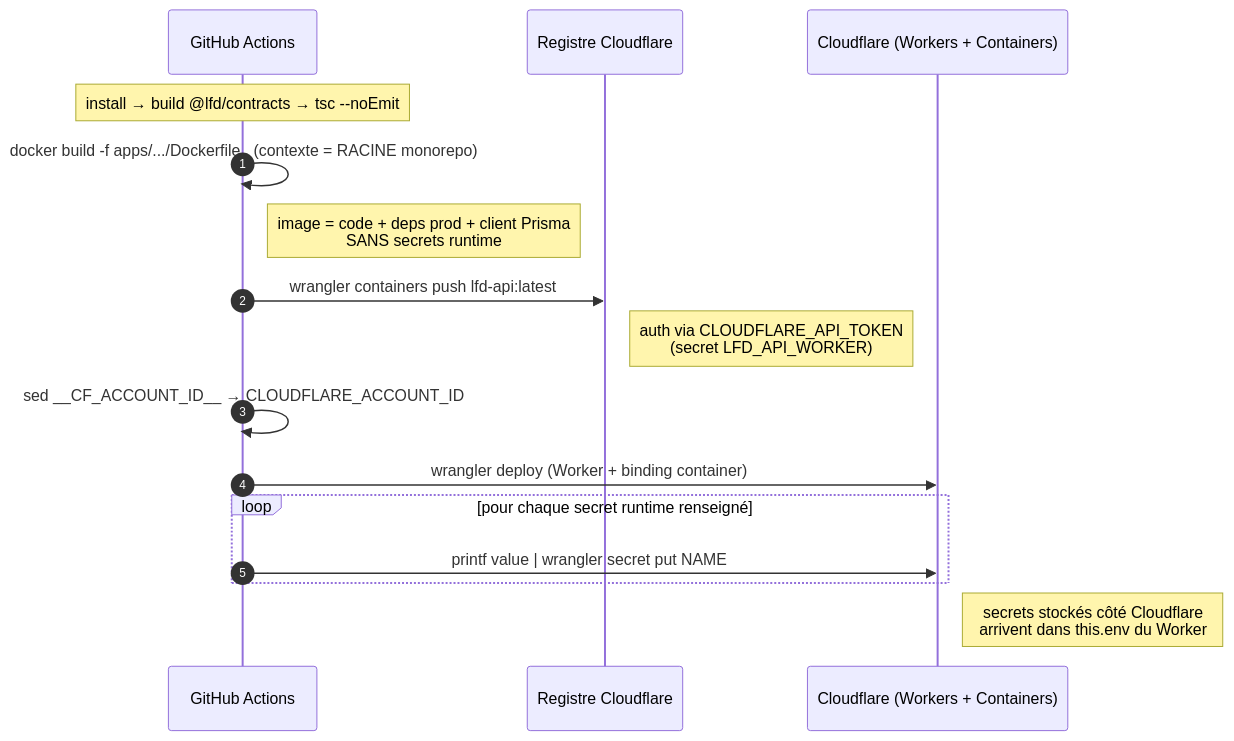
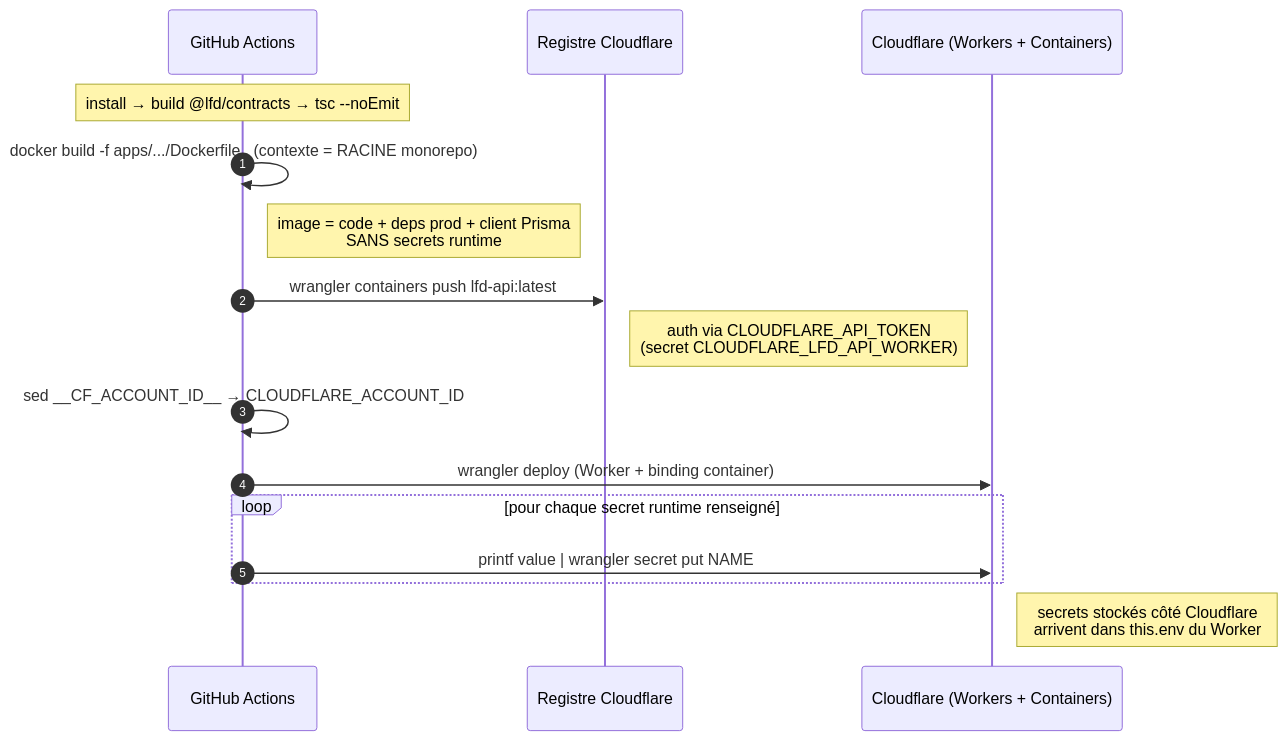
Before and after one commit to hugoheynard/lfd: the second of 6 diagrams in documentation/b2b/b2b_backend_deploy.md, drawn with Mermaid. The commit also changed other lines of this file and 5 other files, not shown here.

````diff
--- a/documentation/b2b/b2b_backend_deploy.md
+++ b/documentation/b2b/b2b_backend_deploy.md
@@ -71,23 +71,23 @@
 ```mermaid
 sequenceDiagram
     autonumber
     participant GH as GitHub Actions
     participant CR as Registre Cloudflare
     participant CF as Cloudflare (Workers + Containers)
 
     Note over GH: install → build @lfd/contracts → tsc --noEmit
 
     GH->>GH: docker build -f apps/.../Dockerfile . (contexte = RACINE monorepo)
     Note right of GH: image = code + deps prod + client Prisma<br/>SANS secrets runtime
 
     GH->>CR: wrangler containers push lfd-api:latest
-    Note right of CR: auth via CLOUDFLARE_API_TOKEN<br/>(secret LFD_API_WORKER)
+    Note right of CR: auth via CLOUDFLARE_API_TOKEN<br/>(secret CLOUDFLARE_LFD_API_WORKER)
 
     GH->>GH: sed __CF_ACCOUNT_ID__ → CLOUDFLARE_ACCOUNT_ID
     GH->>CF: wrangler deploy (Worker + binding container)
 
     loop pour chaque secret runtime renseigné
         GH->>CF: printf value | wrangler secret put NAME
     end
     Note right of CF: secrets stockés côté Cloudflare<br/>arrivent dans this.env du Worker
 ```
````
